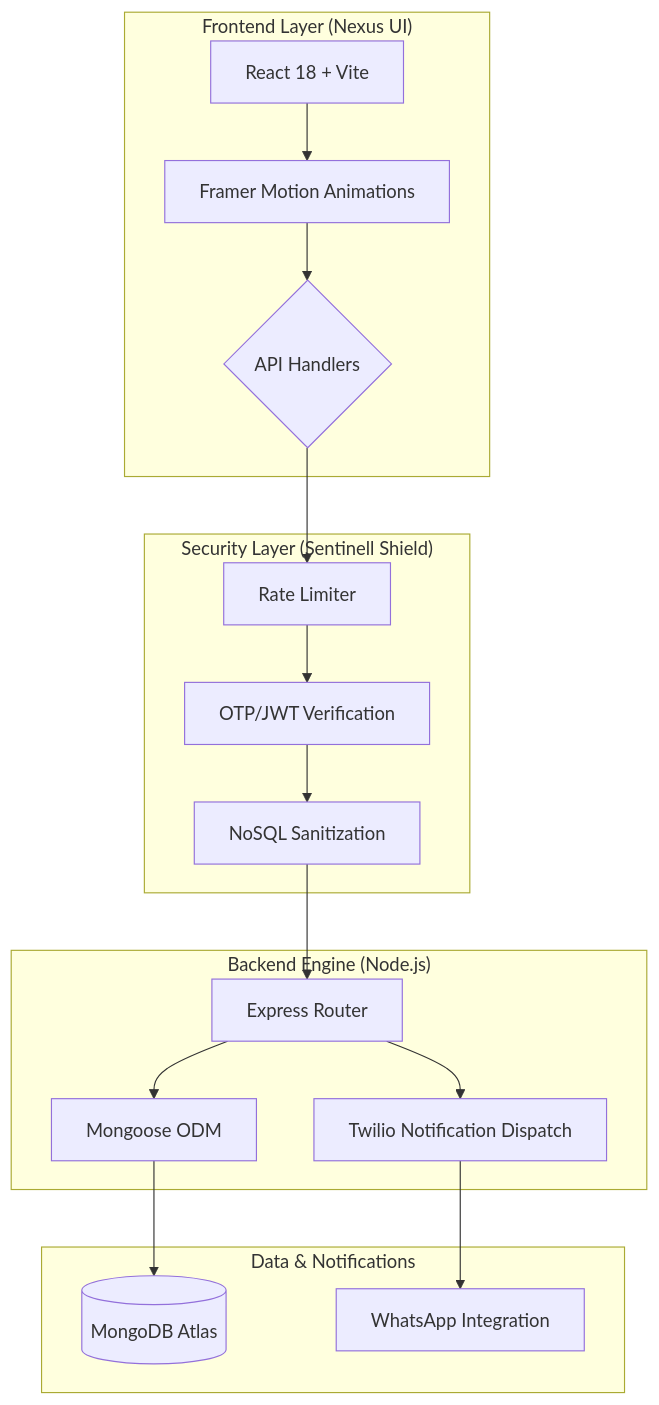
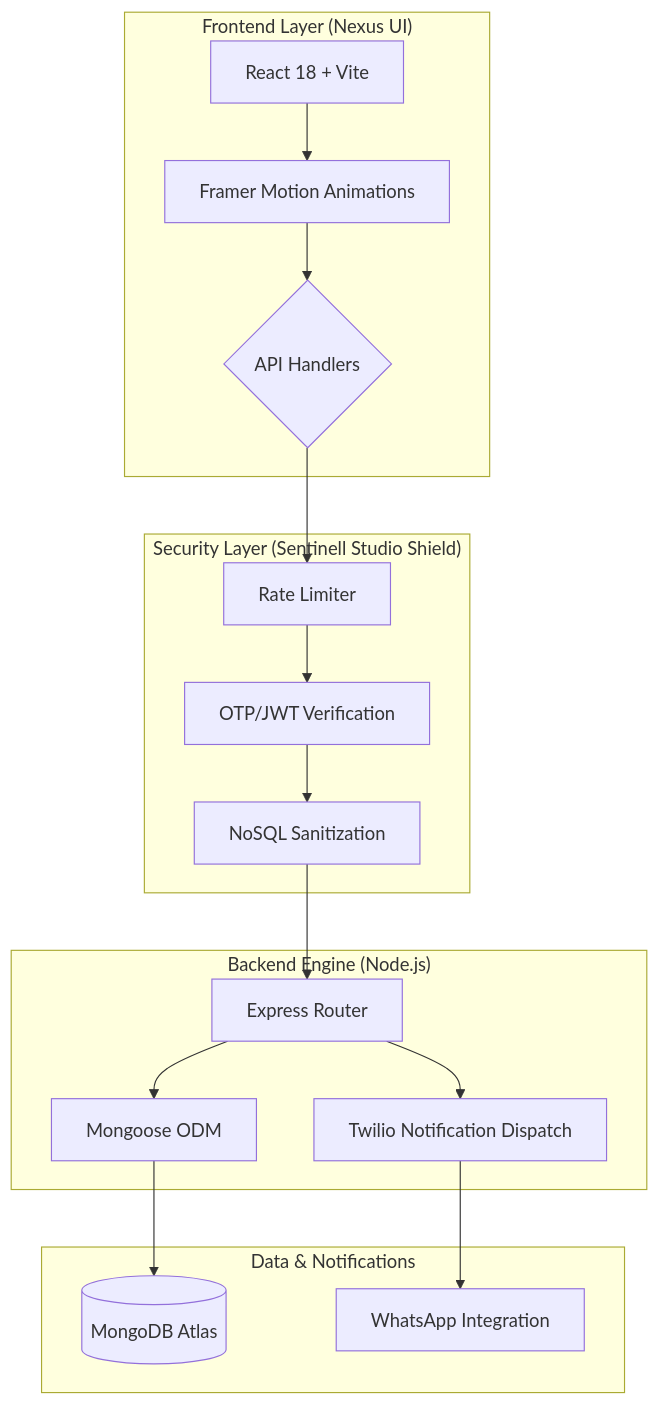
The diagram in README.md (jainayush02/Sentinell-My-Portfolio), drawn with Mermaid before and after one commit. The commit also changed other lines of this file and 8 other files, not shown here.

Commit message:
style(brand): Rebranding to Sentinell Studio and updating CORS for sentinell-studio.vercel.app

````diff
--- a/README.md
+++ b/README.md
@@ -7,24 +7,24 @@
 ```mermaid
 graph TD
     subgraph "Frontend Layer (Nexus UI)"
         A[React 18 + Vite] --> B[Framer Motion Animations]
         B --> C{API Handlers}
     end
 
-    subgraph "Security Layer (Sentinell Shield)"
+    subgraph "Security Layer (Sentinell Studio Shield)"
         C --> D[Rate Limiter]
         D --> E[OTP/JWT Verification]
         E --> F[NoSQL Sanitization]
     end
 
     subgraph "Backend Engine (Node.js)"
         F --> G[Express Router]
         G --> H[Mongoose ODM]
         G --> I[Twilio Notification Dispatch]
     end
 
     subgraph "Data & Notifications"
         H --> J[(MongoDB Atlas)]
         I --> K[WhatsApp Integration]
     end
 ```
````
